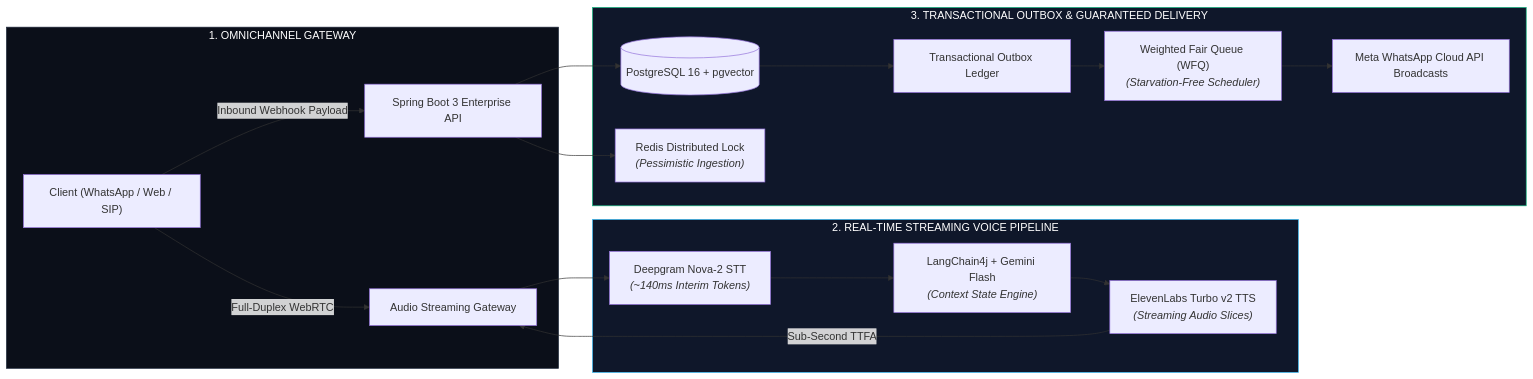
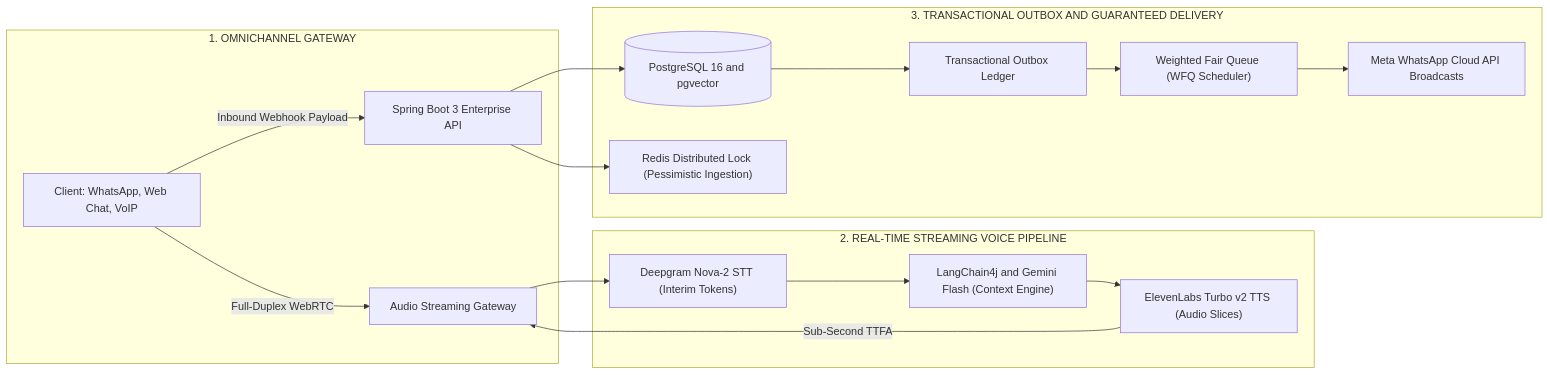
The second of 2 diagrams in README.md (hkbharti77/hkbharti77), drawn with Mermaid before and after one commit. The commit also changed other lines of this file, not shown here.

Commit message:
Fix Mermaid syntax: eliminate subgraph-level edge connections and HTML tags to prevent rendering errors

````diff
--- a/README.md
+++ b/README.md
@@ -179,26 +164,22 @@
 ```mermaid
 flowchart LR
-    subgraph InboundTransport ["1. OMNICHANNEL GATEWAY"]
-        ClientUser["Client (WhatsApp / Web / SIP)"] -->|Full-Duplex WebRTC| AudioGW["Audio Streaming Gateway"]
+    subgraph Inbound ["1. OMNICHANNEL GATEWAY"]
+        ClientUser["Client: WhatsApp, Web Chat, VoIP"] -->|Full-Duplex WebRTC| AudioGW["Audio Streaming Gateway"]
         ClientUser -->|Inbound Webhook Payload| SpringAPI["Spring Boot 3 Enterprise API"]
     end
 
     subgraph VoiceEngine ["2. REAL-TIME STREAMING VOICE PIPELINE"]
-        AudioGW --> DeepgramSTT["Deepgram Nova-2 STT<br/><i>(~140ms Interim Tokens)</i>"]
-        DeepgramSTT --> LangChainOrch["LangChain4j + Gemini Flash<br/><i>(Context State Engine)</i>"]
-        LangChainOrch --> ElevenLabsTTS["ElevenLabs Turbo v2 TTS<br/><i>(Streaming Audio Slices)</i>"]
+        AudioGW --> DeepgramSTT["Deepgram Nova-2 STT (Interim Tokens)"]
+        DeepgramSTT --> LangChainOrch["LangChain4j and Gemini Flash (Context Engine)"]
+        LangChainOrch --> ElevenLabsTTS["ElevenLabs Turbo v2 TTS (Audio Slices)"]
         ElevenLabsTTS -->|Sub-Second TTFA| AudioGW
     end
 
-    subgraph OutboxEngine ["3. TRANSACTIONAL OUTBOX & GUARANTEED DELIVERY"]
-        SpringAPI --> MainDB[("PostgreSQL 16 + pgvector")]
-        SpringAPI --> RedisLock["Redis Distributed Lock<br/><i>(Pessimistic Ingestion)</i>"]
+    subgraph OutboxEngine ["3. TRANSACTIONAL OUTBOX AND GUARANTEED DELIVERY"]
+        SpringAPI --> MainDB[("PostgreSQL 16 and pgvector")]
+        SpringAPI --> RedisLock["Redis Distributed Lock (Pessimistic Ingestion)"]
         MainDB --> OutboxTable["Transactional Outbox Ledger"]
-        OutboxTable --> WFQDispatcher["Weighted Fair Queue (WFQ)<br/><i>(Starvation-Free Scheduler)</i>"]
+        OutboxTable --> WFQDispatcher["Weighted Fair Queue (WFQ Scheduler)"]
         WFQDispatcher --> MetaBSP["Meta WhatsApp Cloud API Broadcasts"]
     end
-
-    style InboundTransport fill:#0B0F19,stroke:#1E293B,stroke-width:1px,color:#fff
-    style VoiceEngine fill:#0F172A,stroke:#38BDF8,stroke-width:1px,color:#fff
-    style OutboxEngine fill:#0F172A,stroke:#10B981,stroke-width:1px,color:#fff
 ```
````
